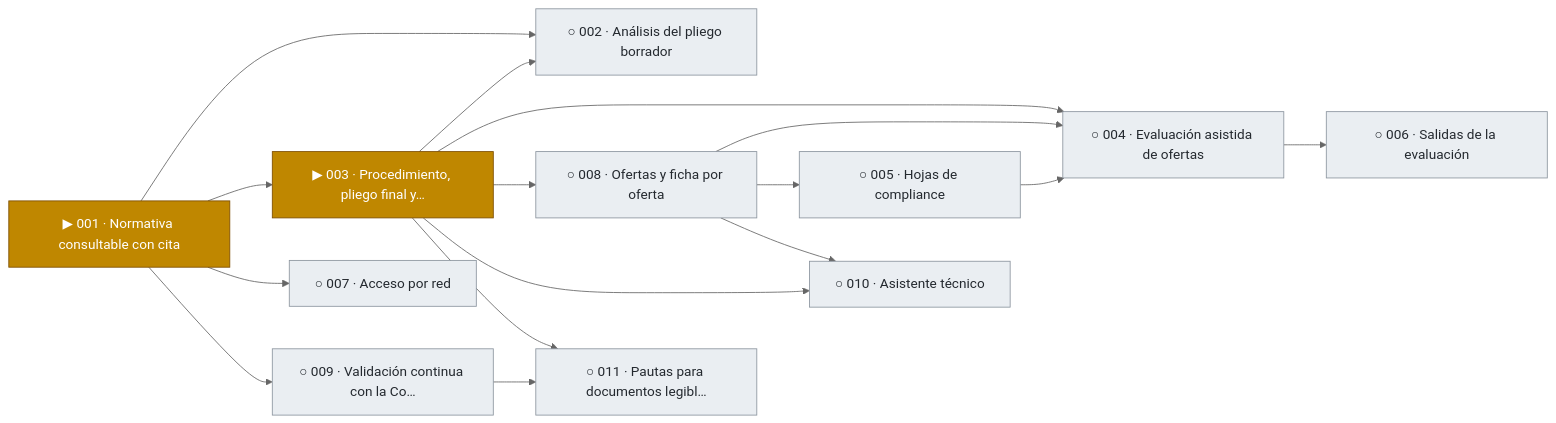
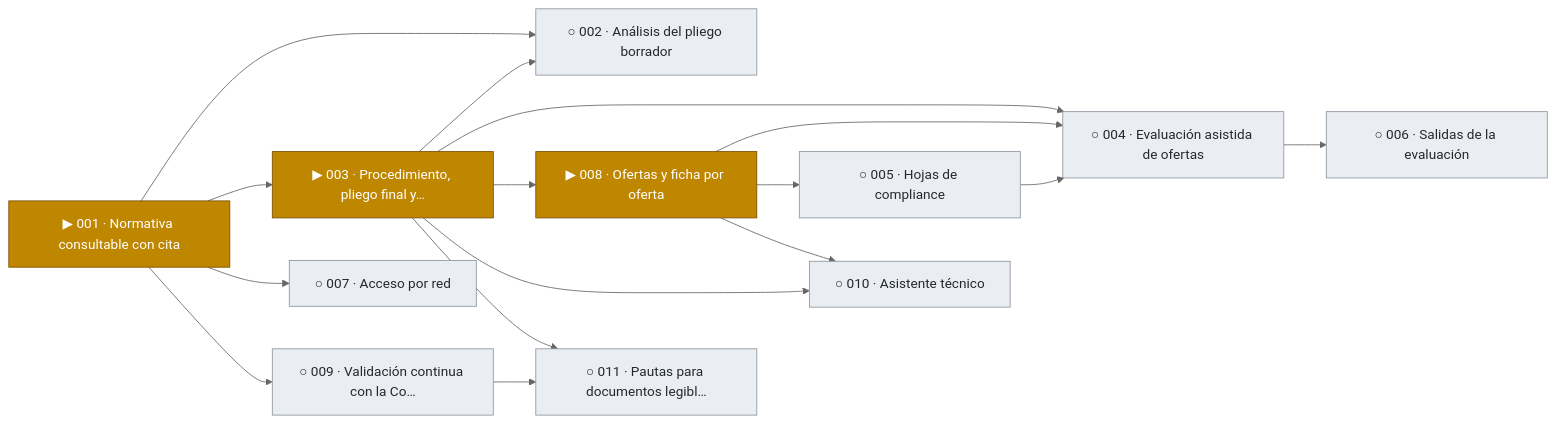
One commit to snavello/EVALUON changed the first of 6 diagrams in docs/tablero.md. Above: the diagram before and after it, drawn with Mermaid (neutral theme). The commit also changed other lines of this file and 1 other file, not shown here.

Commit message:
gestión: spec 008, ofertas y ficha por oferta (aprobada por el responsable)

````diff
--- a/docs/tablero.md
+++ b/docs/tablero.md
@@ -9,34 +9,34 @@
 ```mermaid
 flowchart LR
   F001["▶ 001 · Normativa consultable con cita"]:::active
   F002["○ 002 · Análisis del pliego borrador"]:::todo
   F003["▶ 003 · Procedimiento, pliego final y…"]:::active
   F004["○ 004 · Evaluación asistida de ofertas"]:::todo
   F005["○ 005 · Hojas de compliance"]:::todo
   F006["○ 006 · Salidas de la evaluación"]:::todo
   F007["○ 007 · Acceso por red"]:::todo
-  F008["○ 008 · Ofertas y ficha por oferta"]:::todo
+  F008["▶ 008 · Ofertas y ficha por oferta"]:::active
   F009["○ 009 · Validación continua con la Co…"]:::todo
   F010["○ 010 · Asistente técnico"]:::todo
   F011["○ 011 · Pautas para documentos legibl…"]:::todo
   F001 --> F002
   F003 --> F002
   F001 --> F003
   F003 --> F004
   F008 --> F004
   F005 --> F004
   F008 --> F005
   F004 --> F006
   F001 --> F007
   F003 --> F008
   F001 --> F009
   F003 --> F010
   F008 --> F010
   F003 --> F011
   F009 --> F011
   classDef done fill:#1a7f37,stroke:#116329,color:#ffffff
   classDef review fill:#0969da,stroke:#0550ae,color:#ffffff
   classDef active fill:#bf8700,stroke:#7d4e00,color:#ffffff
   classDef blocked fill:#cf222e,stroke:#a40e26,color:#ffffff
   classDef todo fill:#eaeef2,stroke:#8c959f,color:#24292f
 ```
````
